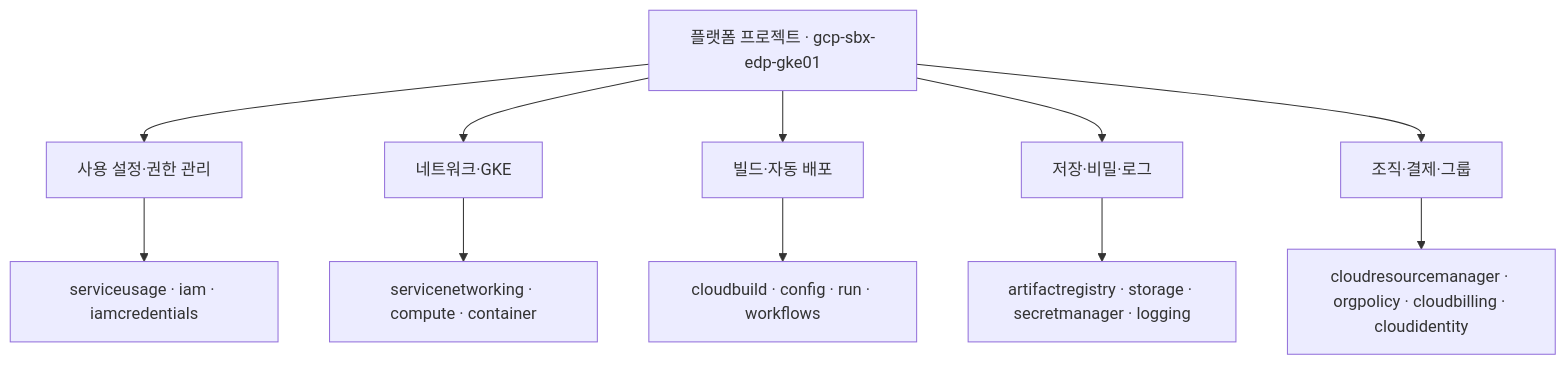
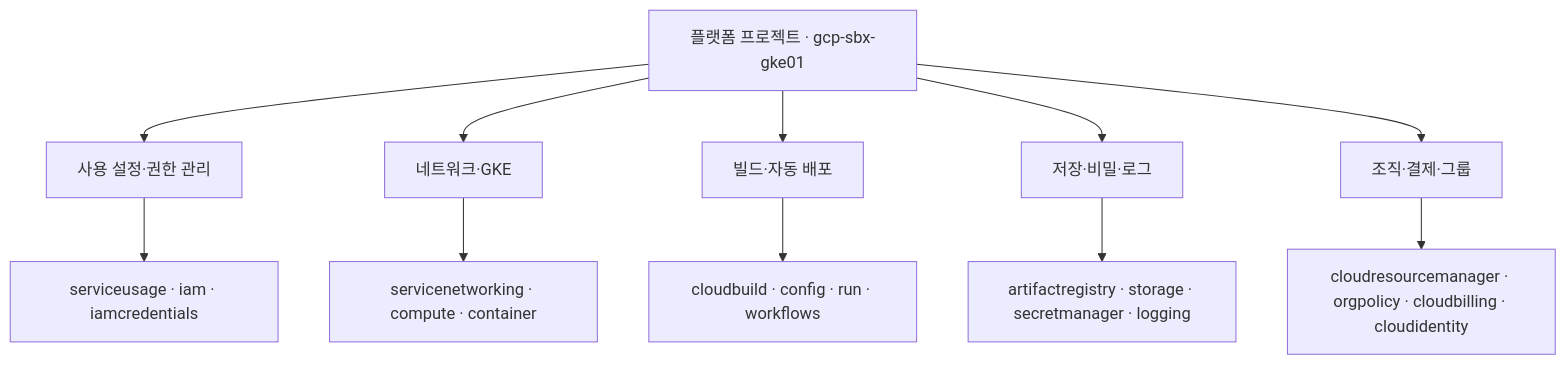
The second of 9 diagrams in 02.infra-setup/infra-setup-commend.md (sonmap/GCP_SBX_Test03), drawn with Mermaid before and after one commit. The commit also changed other lines of this file and 15 other files, not shown here.

First line of the commit message:
Switch the platform project to gcp-sbx-gke01

````diff
--- a/02.infra-setup/infra-setup-commend.md
+++ b/02.infra-setup/infra-setup-commend.md
@@ -162,14 +162,14 @@
 ```mermaid
 flowchart TD
-    P["플랫폼 프로젝트 · gcp-sbx-edp-gke01"]
+    P["플랫폼 프로젝트 · gcp-sbx-gke01"]
     P --> A["사용 설정·권한 관리"]
     P --> B["네트워크·GKE"]
     P --> C["빌드·자동 배포"]
     P --> D["저장·비밀·로그"]
     P --> E["조직·결제·그룹"]
     A --> A1["serviceusage · iam · iamcredentials"]
     B --> B1["servicenetworking · compute · container"]
     C --> C1["cloudbuild · config · run · workflows"]
     D --> D1["artifactregistry · storage · secretmanager · logging"]
     E --> E1["cloudresourcemanager · orgpolicy · cloudbilling · cloudidentity"]
 ```
````
